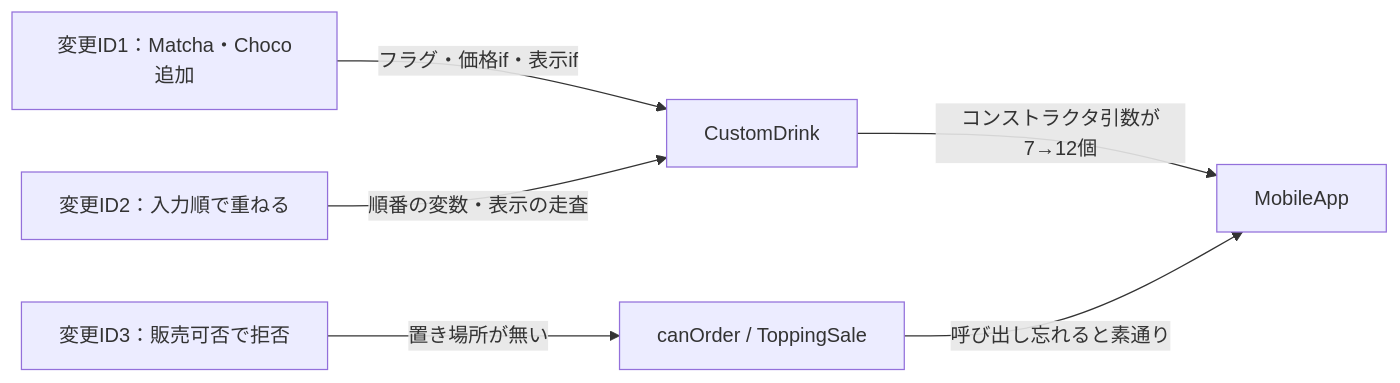
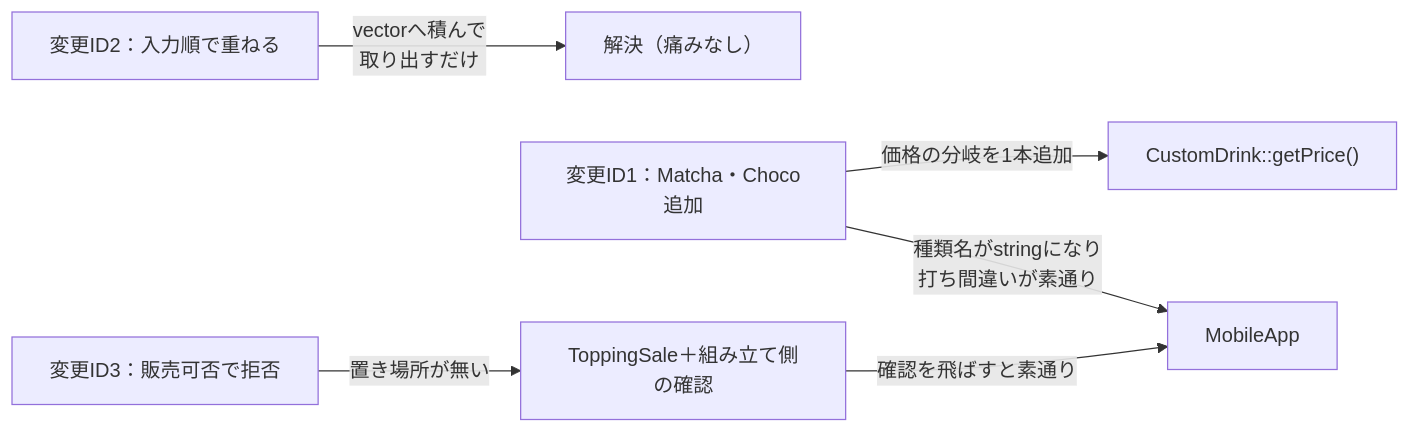
Before and after one commit to kumachan1101-pixel/DesignPattern: the sixth of 17 diagrams in kindle/design-patterns/output/chapter06.md, drawn with Mermaid. The commit also changed other lines of this file and 3 other files, not shown here.

````diff
--- a/kindle/design-patterns/output/chapter06.md
+++ b/kindle/design-patterns/output/chapter06.md
@@ -951,8 +958,8 @@
 ```mermaid
 graph LR
-    T1["変更ID1：Matcha・Choco追加"] -->|"フラグ・価格if・表示if"| A["CustomDrink"]
-    T2["変更ID2：入力順で重ねる"] -->|"順番の変数・表示の走査"| A
-    T3["変更ID3：販売可否で拒否"] -->|"置き場所が無い"| C["canOrder / ToppingSale"]
-    A -->|"コンストラクタ引数が7→12個"| B["MobileApp"]
-    C -->|"呼び出し忘れると素通り"| B
+    T2["変更ID2：入力順で重ねる"] -->|"vectorへ積んで<br>取り出すだけ"| S["解決（痛みなし）"]
+    T1["変更ID1：Matcha・Choco追加"] -->|"価格の分岐を1本追加"| A["CustomDrink::getPrice()"]
+    T1 -->|"種類名がstringになり<br>打ち間違いが素通り"| B["MobileApp"]
+    T3["変更ID3：販売可否で拒否"] -->|"置き場所が無い"| C["ToppingSale＋組み立て側の確認"]
+    C -->|"確認を飛ばすと素通り"| B
 ```
````
